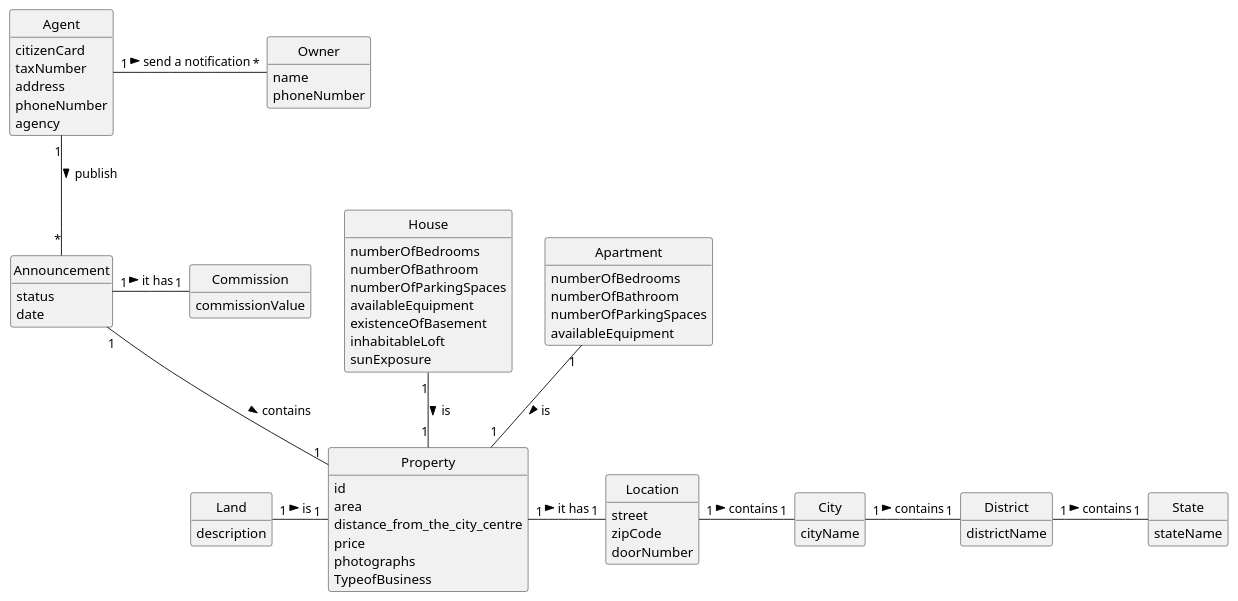
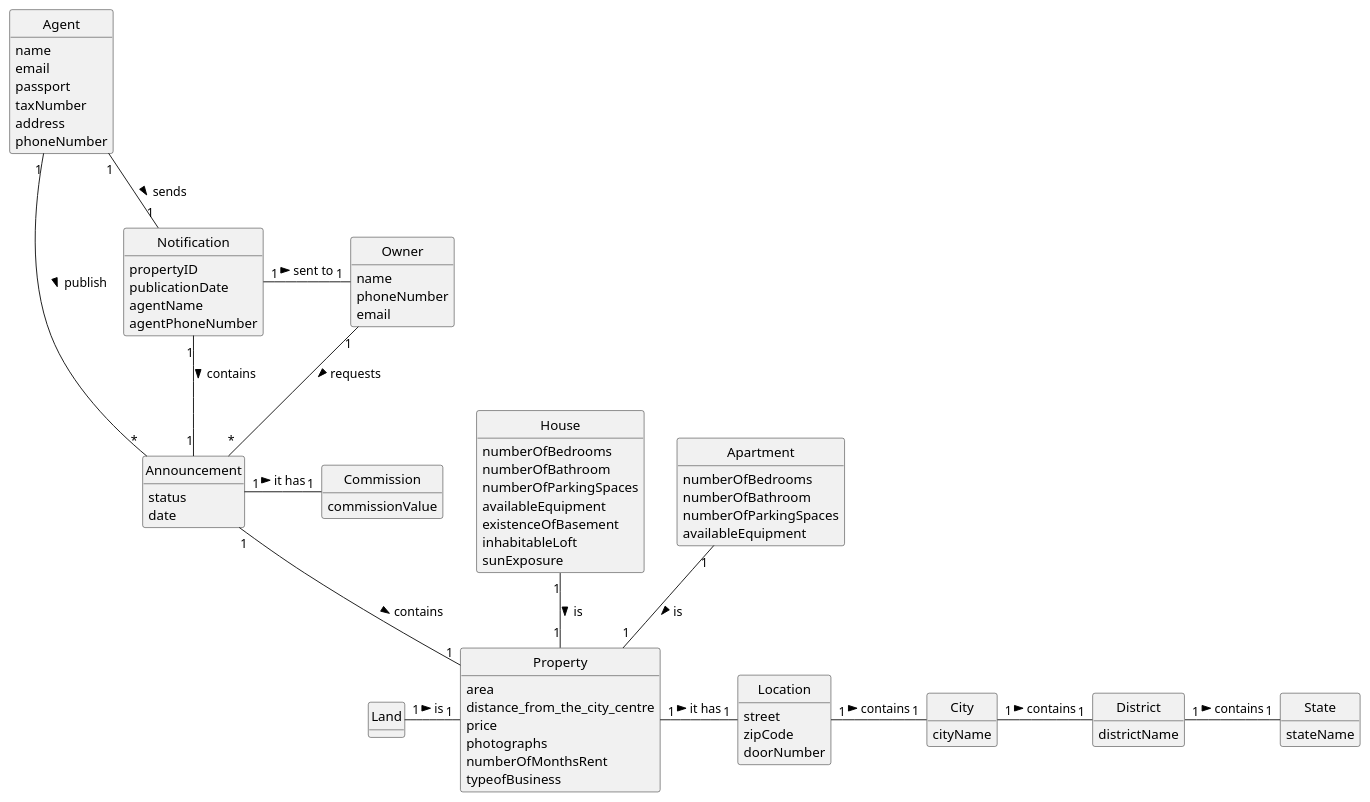
Before and after one commit to tiagohcorreia/LAPR2: the diagram in docs/sprintD/US002/02.analysis/puml/US2_DM.puml, drawn with PlantUML. The commit also changed 25 other files, not shown here.

```diff
--- a/docs/sprintD/US002/02.analysis/puml/US2_DM.puml
+++ b/docs/sprintD/US002/02.analysis/puml/US2_DM.puml
@@ -1,111 +1,126 @@
 @startuml
 skinparam monochrome true
 skinparam packageStyle rectangle
 skinparam shadowing false
 
 'left to right direction
 
 skinparam classAttributeIconSize 0
 
 hide circle
 hide methods
 
 
 class Agent {
-    citizenCard
+    name
+    email
+    passport
     taxNumber
     address
     phoneNumber
-    agency
 }
 
 
 
 class Announcement {
     status
     date
 
 }
 
 
 
 class House {
      numberOfBedrooms
      numberOfBathroom
      numberOfParkingSpaces
      availableEquipment
      existenceOfBasement
      inhabitableLoft
      sunExposure
 }
 
 class Apartment {
      numberOfBedrooms
      numberOfBathroom
      numberOfParkingSpaces
      availableEquipment
 
 }
 class Land {
-     description
+
 }
 
 class Commission {
     commissionValue
 }
 
 class Property {
-     id
      area
      distance_from_the_city_centre
      price
      photographs
-     TypeofBusiness
+     numberOfMonthsRent
+     typeofBusiness
+
 
 }
+
 
 class Location{
     street
     zipCode
     doorNumber
 }
 class City{
     cityName
 }
 
 class District{
     districtName
 
 }
 class State{
     stateName
 }
 class Owner{
         name
         phoneNumber
+        email
+}
+
+class Notification{
+        propertyID
+        publicationDate
+        agentName
+        agentPhoneNumber
 }
 
 
 
 
 Announcement "1" -- "1" Property: contains >
 Agent "1" -- "*" Announcement: publish >
 House "1" --"1" Property: is >
 Apartment"1" -- "1" Property: is >
 Land"1" - "1" Property: is >
 Announcement"1" - "1" Commission: it has >
-Agent "1" - "*" Owner:  send a notification >
 Property "1" - "1"Location: it has >
 Location "1" - "1" City: contains >
 City "1" - "1" District: contains >
 District "1" - "1" State: contains >
+Owner "1" -- "*" Announcement : requests >
+Agent "1" -- "1" Notification : sends >
+Notification "1" - "1" Owner : sent to >
+Notification "1" - "1" Announcement : contains >
+
 
 
 
 
 
 
 
 
 
 @enduml
```
